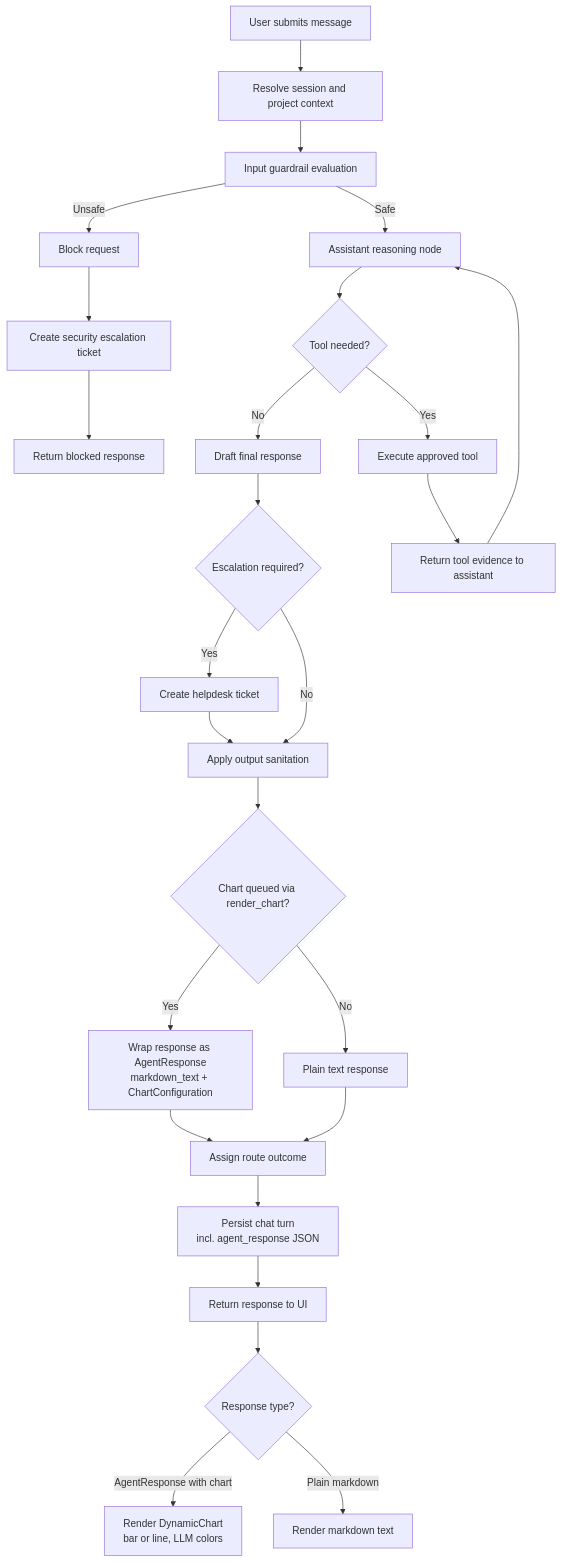
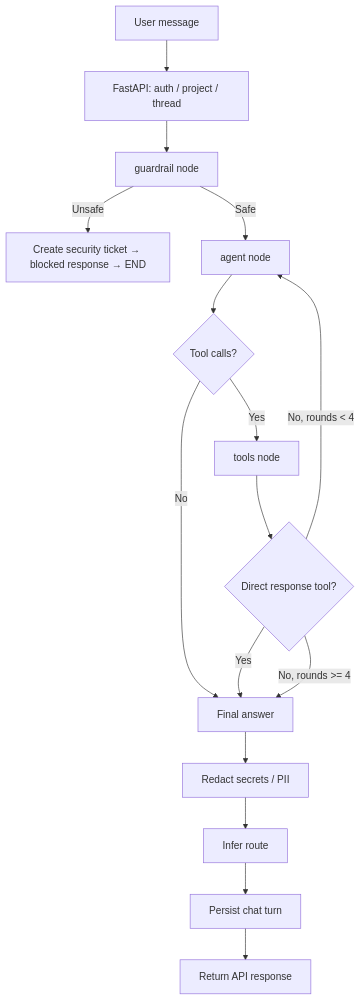
Before and after one commit to TDhakad/ITS-v2: the first of 3 diagrams in docs/ai-assistant-workflow.md, drawn with Mermaid. The commit also changed other lines of this file and 38 other files, not shown here.

````diff
--- a/docs/ai-assistant-workflow.md
+++ b/docs/ai-assistant-workflow.md
@@ -147,30 +17,18 @@
 ```mermaid
 flowchart TD
-    A[User submits message] --> B[Resolve session and project context]
-    B --> C[Input guardrail evaluation]
-    C -->|Unsafe| D[Block request]
-    D --> E[Create security escalation ticket]
-    E --> F[Return blocked response]
-
-    C -->|Safe| G[Assistant reasoning node]
-    G --> H{Tool needed?}
-    H -->|No| I[Draft final response]
-    H -->|Yes| J[Execute approved tool]
-    J --> K[Return tool evidence to assistant]
-    K --> G
-
-    I --> L{Escalation required?}
-    L -->|Yes| M[Create helpdesk ticket]
-    L -->|No| N[Apply output sanitation]
-    M --> N
-    N --> O{Chart queued via render_chart?}
-    O -->|Yes| P[Wrap response as AgentResponse\nmarkdown_text + ChartConfiguration]
-    O -->|No| Q[Plain text response]
-    P --> R[Assign route outcome]
-    Q --> R
-    R --> S[Persist chat turn\nincl. agent_response JSON]
-    S --> T[Return response to UI]
-    T --> U{Response type?}
-    U -->|AgentResponse with chart| V[Render DynamicChart\nbar or line, LLM colors]
-    U -->|Plain markdown| W[Render markdown text]
+    A[User message] --> B[FastAPI: auth / project / thread]
+    B --> C[guardrail node]
+    C -->|Unsafe| D[Create security ticket → blocked response → END]
+    C -->|Safe| E[agent node]
+    E --> F{Tool calls?}
+    F -->|No| G[Final answer]
+    F -->|Yes| H[tools node]
+    H --> I{Direct response tool?}
+    I -->|Yes| G
+    I -->|No, rounds < 4| E
+    I -->|No, rounds >= 4| G
+    G --> J[Redact secrets / PII]
+    J --> K[Infer route]
+    K --> L[Persist chat turn]
+    L --> M[Return API response]
 ```
````
